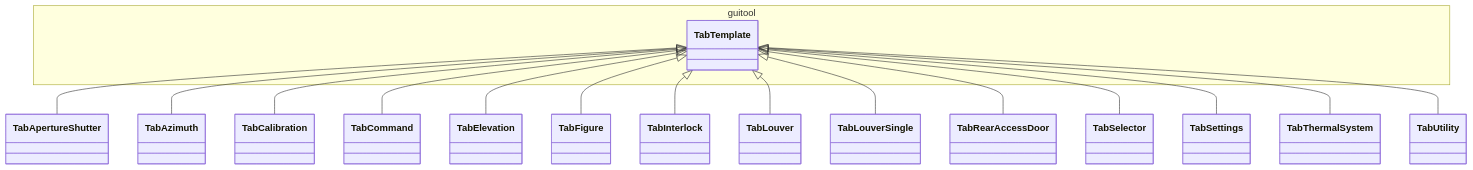
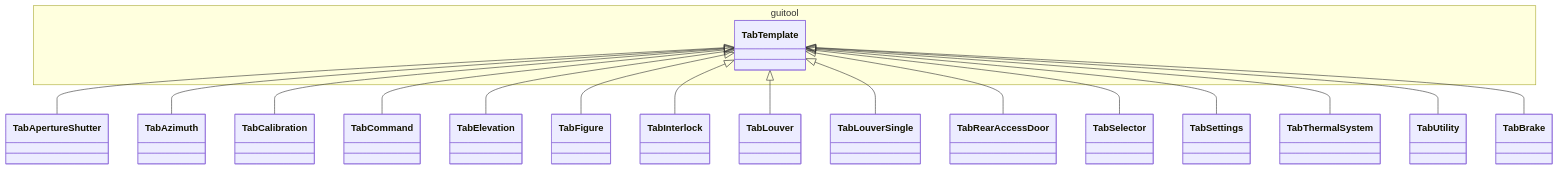
Before and after one commit to lsst-ts/ts_mtdomegui: the diagram in doc/uml/tab/class_tab.mmd, drawn with Mermaid. The commit also changed 6 other files, not shown here.

```diff
--- a/doc/uml/tab/class_tab.mmd
+++ b/doc/uml/tab/class_tab.mmd
@@ -1,20 +1,21 @@
 classDiagram
 
 namespace guitool {
   class TabTemplate
 }
 
 TabTemplate <|-- TabApertureShutter
 TabTemplate <|-- TabAzimuth
 TabTemplate <|-- TabCalibration
 TabTemplate <|-- TabCommand
 TabTemplate <|-- TabElevation
 TabTemplate <|-- TabFigure
 TabTemplate <|-- TabInterlock
 TabTemplate <|-- TabLouver
 TabTemplate <|-- TabLouverSingle
 TabTemplate <|-- TabRearAccessDoor
 TabTemplate <|-- TabSelector
 TabTemplate <|-- TabSettings
 TabTemplate <|-- TabThermalSystem
 TabTemplate <|-- TabUtility
+TabTemplate <|-- TabBrake
```
